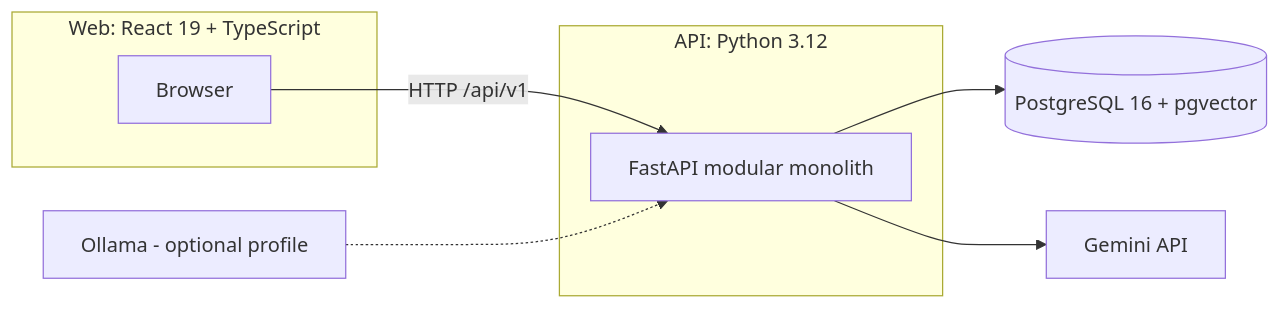
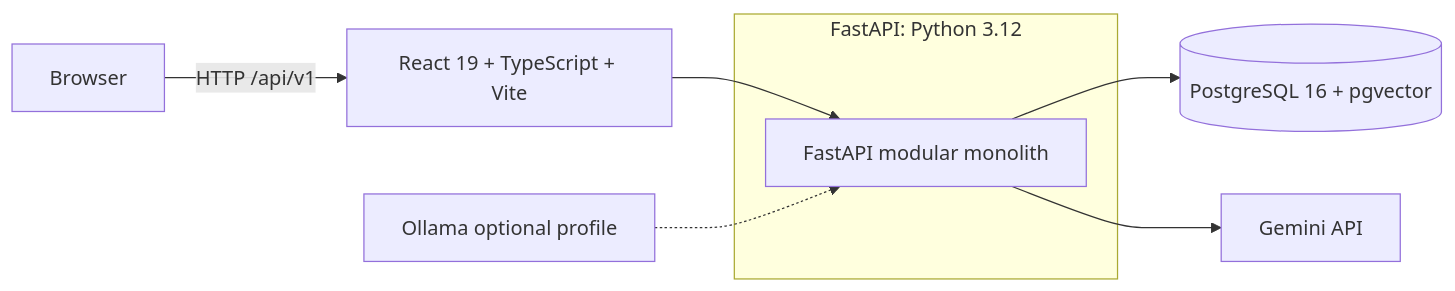
The first of 2 diagrams in README.md (saurav-cgr/decision_assistant), drawn with Mermaid before and after one commit. The commit also changed other lines of this file, not shown here.

````diff
--- a/README.md
+++ b/README.md
@@ -76,13 +13,12 @@
 ```mermaid
 flowchart LR
-    U[Browser] -->|HTTP /api/v1| A[FastAPI modular monolith]
+    U[Browser] -->|HTTP /api/v1| W[React 19 + TypeScript + Vite]
+    W --> A[FastAPI modular monolith]
     A --> P[(PostgreSQL 16 + pgvector)]
     A --> G[Gemini API]
-    subgraph W[Web: React 19 + TypeScript]
-        U
-    end
-    subgraph B[API: Python 3.12]
+    O[Ollama optional profile] -.-> A
+
+    subgraph API[FastAPI: Python 3.12]
         A
     end
-    O[Ollama - optional profile] -.-> A
 ```
````
